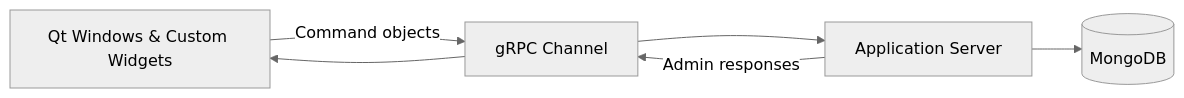
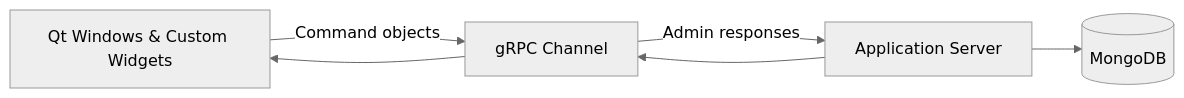
Before and after one commit to lets-go-app-pub/Lets_Go_Interface: the diagram in README.md, drawn with Mermaid (neutral theme).

````diff
--- a/README.md
+++ b/README.md
@@ -10,9 +10,9 @@
 ```mermaid
 flowchart LR
   UI[Qt Windows & Custom Widgets]
   RPC[gRPC Channel]
   S[Application Server]
   DB[(MongoDB)]
-  UI -->|Command objects| RPC --> S --> DB
-  S -->|Admin responses| RPC --> UI
+  UI --> |Command objects| RPC --> |Admin responses| S --> DB
+  S --> RPC --> UI
 ```
````
